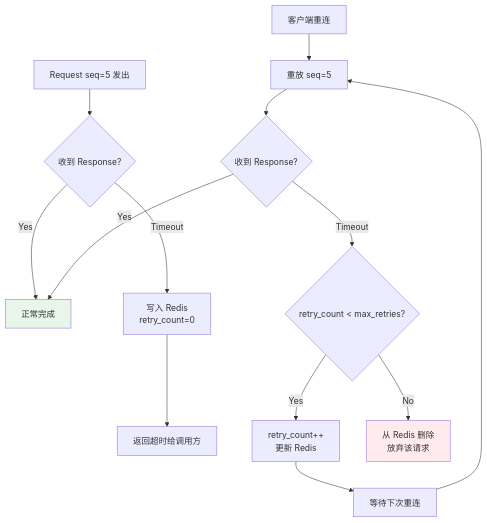
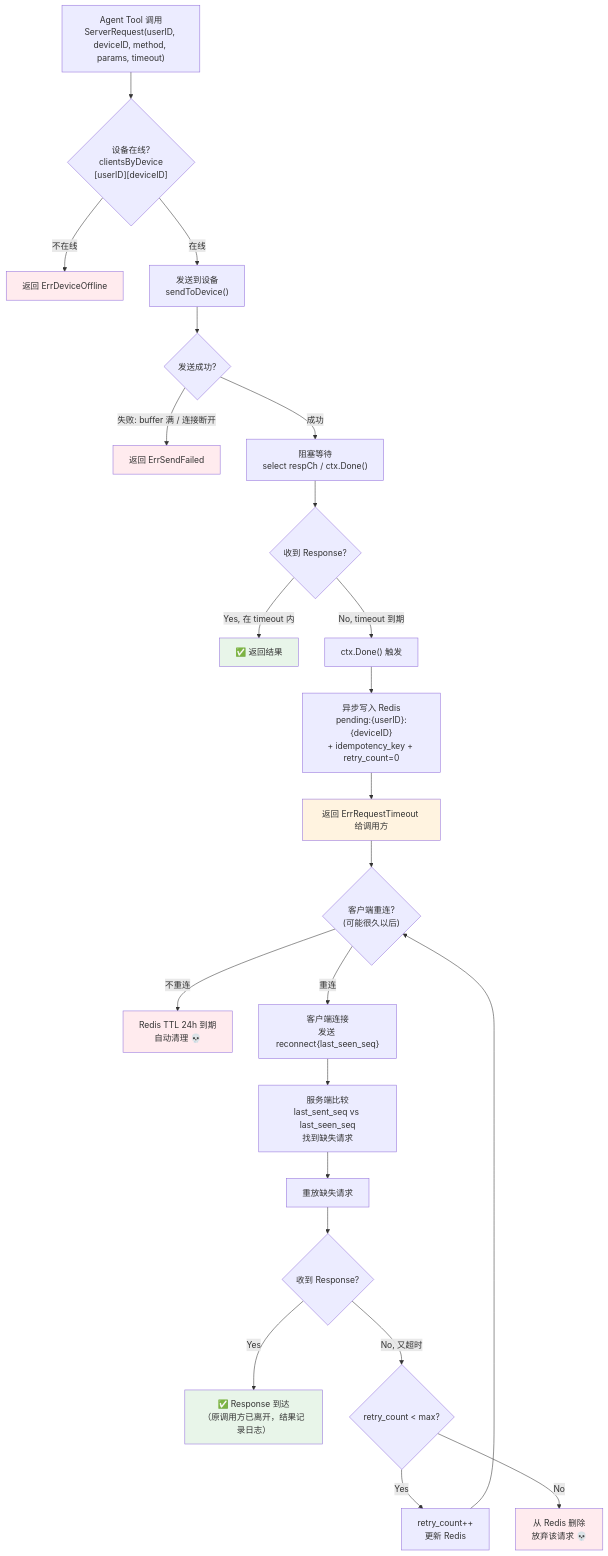
The first of 6 diagrams in docs/DESIGN_CLIENT_FUNCTION_AGENT_TOOLS.md (PineappleBond/xyncra-server), drawn with Mermaid before and after one commit. The commit also changed other lines of this file, not shown here.

````diff
--- a/docs/DESIGN_CLIENT_FUNCTION_AGENT_TOOLS.md
+++ b/docs/DESIGN_CLIENT_FUNCTION_AGENT_TOOLS.md
@@ -172,19 +292,42 @@
 ```mermaid
 flowchart TD
-    A["Request seq=5 发出"] --> B{"收到 Response?"}
-    B -->|Yes| C["正常完成"]
-    B -->|Timeout| D["写入 Redis<br/>retry_count=0"]
-    D --> E["返回超时给调用方"]
+    Start["Agent Tool 调用<br/>ServerRequest(userID, deviceID, method, params, timeout)"]
 
-    F["客户端重连"] --> G["重放 seq=5"]
-    G --> H{"收到 Response?"}
-    H -->|Yes| C
-    H -->|Timeout| I{"retry_count < max_retries?"}
-    I -->|Yes| J["retry_count++<br/>更新 Redis"]
-    J --> K["等待下次重连"]
-    K --> G
-    I -->|No| L["从 Redis 删除<br/>放弃该请求"]
+    Start --> CheckDevice{"设备在线?<br/>clientsByDevice<br/>[userID][deviceID]"}
+    CheckDevice -->|不在线| Offline["返回 ErrDeviceOffline"]
 
-    style C fill:#e8f5e9
-    style L fill:#ffebee
+    CheckDevice -->|在线| Send["发送到设备<br/>sendToDevice()"]
+    Send --> SendOK{"发送成功?"}
+    SendOK -->|失败: buffer 满 / 连接断开| SendFail["返回 ErrSendFailed"]
+
+    SendOK -->|成功| Wait["阻塞等待<br/>select respCh / ctx.Done()"]
+
+    Wait --> Response{"收到 Response?"}
+    Response -->|Yes, 在 timeout 内| Success["✅ 返回结果"]
+
+    Response -->|No, timeout 到期| Timeout["ctx.Done() 触发"]
+    Timeout --> Persist["异步写入 Redis<br/>pending:{userID}:{deviceID}<br/>+ idempotency_key + retry_count=0"]
+    Persist --> ReturnErr["返回 ErrRequestTimeout 给调用方"]
+
+    ReturnErr --> ClientReconnect{"客户端重连?<br/>(可能很久以后)"}
+    ClientReconnect -->|不重连| RedisTTL["Redis TTL 24h 到期<br/>自动清理 💀"]
+
+    ClientReconnect -->|重连| Reconnect["客户端连接<br/>发送 reconnect{last_seen_seq}"]
+    Reconnect --> FindMissing["服务端比较<br/>last_sent_seq vs last_seen_seq<br/>找到缺失请求"]
+    FindMissing --> Replay["重放缺失请求"]
+    Replay --> ReplayResult{"收到 Response?"}
+
+    ReplayResult -->|Yes| ReplaySuccess["✅ Response 到达<br/>（原调用方已离开，结果记录日志）"]
+    ReplayResult -->|No, 又超时| CheckRetry{"retry_count < max?"}
+    CheckRetry -->|Yes| IncRetry["retry_count++<br/>更新 Redis"]
+    IncRetry --> ClientReconnect
+    CheckRetry -->|No| GiveUp["从 Redis 删除<br/>放弃该请求 💀"]
+
+    style Success fill:#e8f5e9
+    style Offline fill:#ffebee
+    style SendFail fill:#ffebee
+    style ReturnErr fill:#fff3e0
+    style GiveUp fill:#ffebee
+    style RedisTTL fill:#ffebee
+    style ReplaySuccess fill:#e8f5e9
 ```
````
